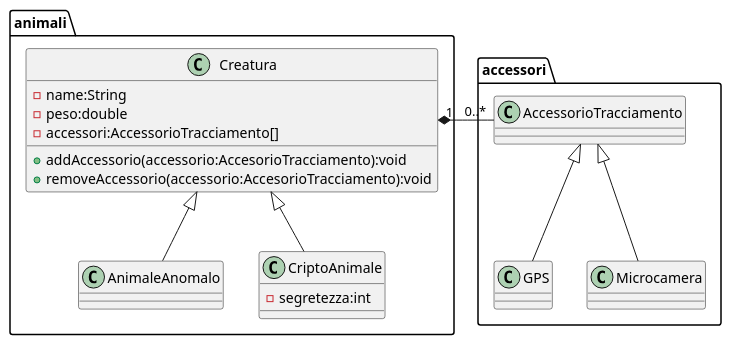
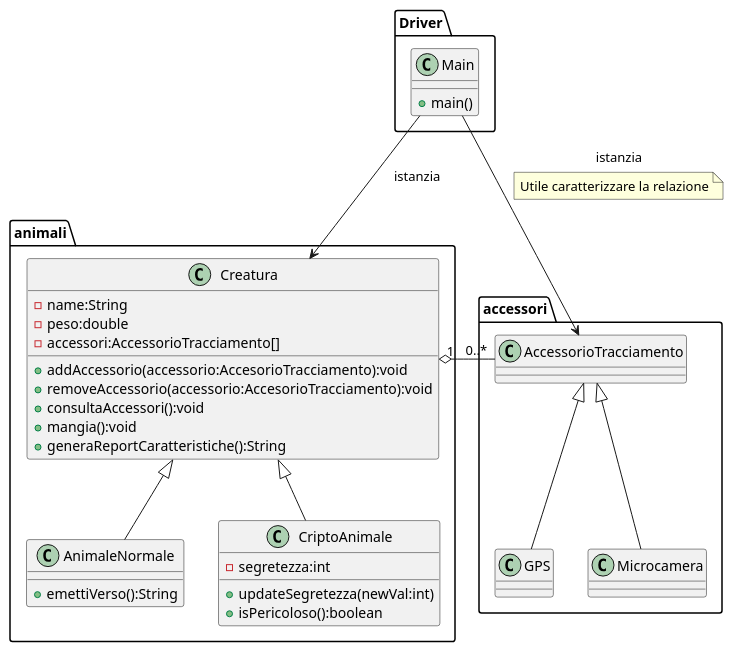
Before and after one commit to itsNikk/2526-4BI: the diagram in uml/src/CD/DipZoologico.puml, drawn with PlantUML.

Commit message:
Update DipZoologico.puml
Popolate classi

```diff
--- a/uml/src/CD/DipZoologico.puml
+++ b/uml/src/CD/DipZoologico.puml
@@ -1,43 +1,59 @@
 @startuml
 
 '' - private
 '' + pubblico
 
 package animali {
     class Creatura {
         -name:String
         -peso:double
         -accessori:AccessorioTracciamento[]
         +addAccessorio(accessorio:AccesorioTracciamento):void
         +removeAccessorio(accessorio:AccesorioTracciamento):void
-
+        +consultaAccessori():void
+        +mangia():void
+        +generaReportCaratteristiche():String
     }
 
-    class AnimaleAnomalo {
-
+    class AnimaleNormale {
+        +emettiVerso():String
     }
 
     class CriptoAnimale {
         -segretezza:int
+        +updateSegretezza(newVal:int)
+        +isPericoloso():boolean
     }
 }
 
 package accessori {
     class AccessorioTracciamento{}
     class GPS{}
     class Microcamera{}
 }
+package Driver {
+    class Main{
+        +main()
+    }
+}
+
 
 ''Ereditarietà - punta vuota verso il padre
-Creatura <|-- AnimaleAnomalo
+Creatura <|-- AnimaleNormale
 Creatura <|-- CriptoAnimale
 
 AccessorioTracciamento <|-- GPS
 AccessorioTracciamento <|-- Microcamera
 
 ''0..* => da 0 a * elementi
 '' Diamante pieno = composizione
 ''
-Creatura "1" *- "0..*" AccessorioTracciamento
+Creatura "1" o- "0..*" AccessorioTracciamento
 
+
+Main --> Creatura : istanzia
+Main --> AccessorioTracciamento : istanzia
+note on link
+    Utile caratterizzare la relazione
+end note
 @enduml
```
